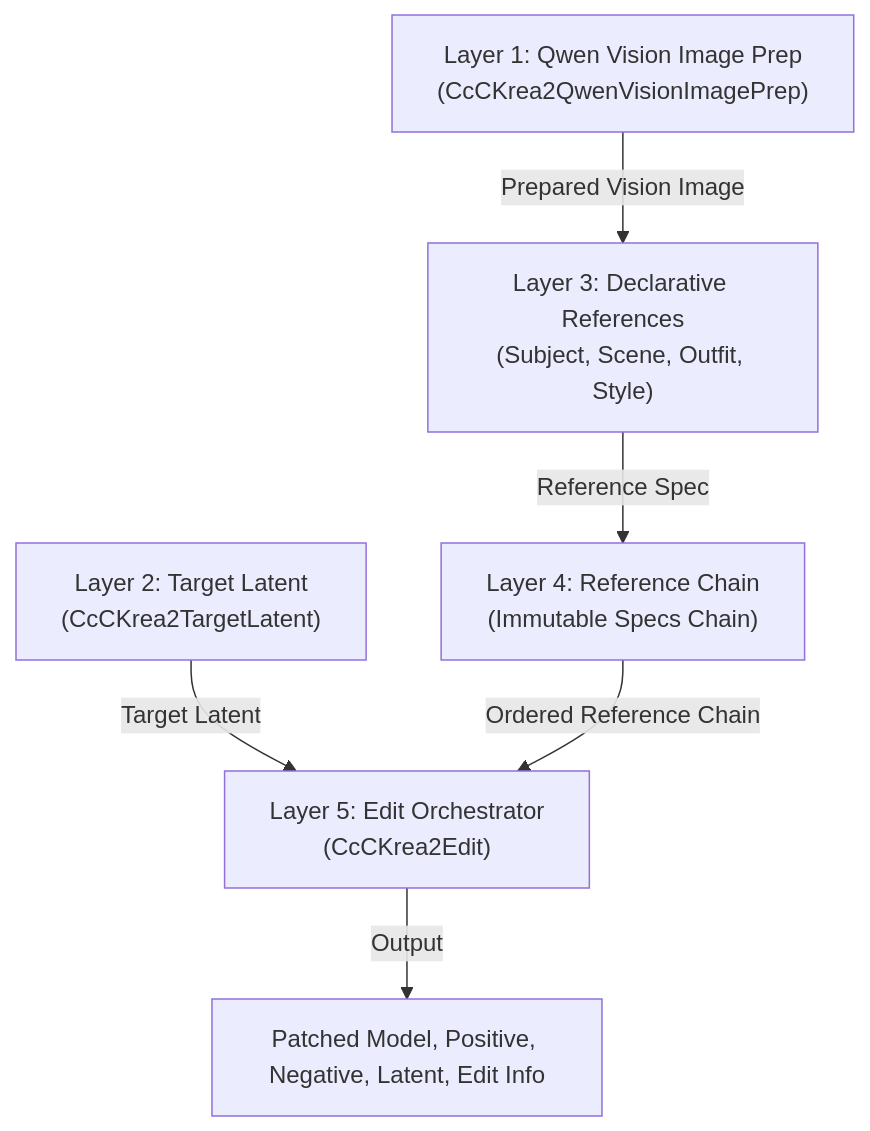
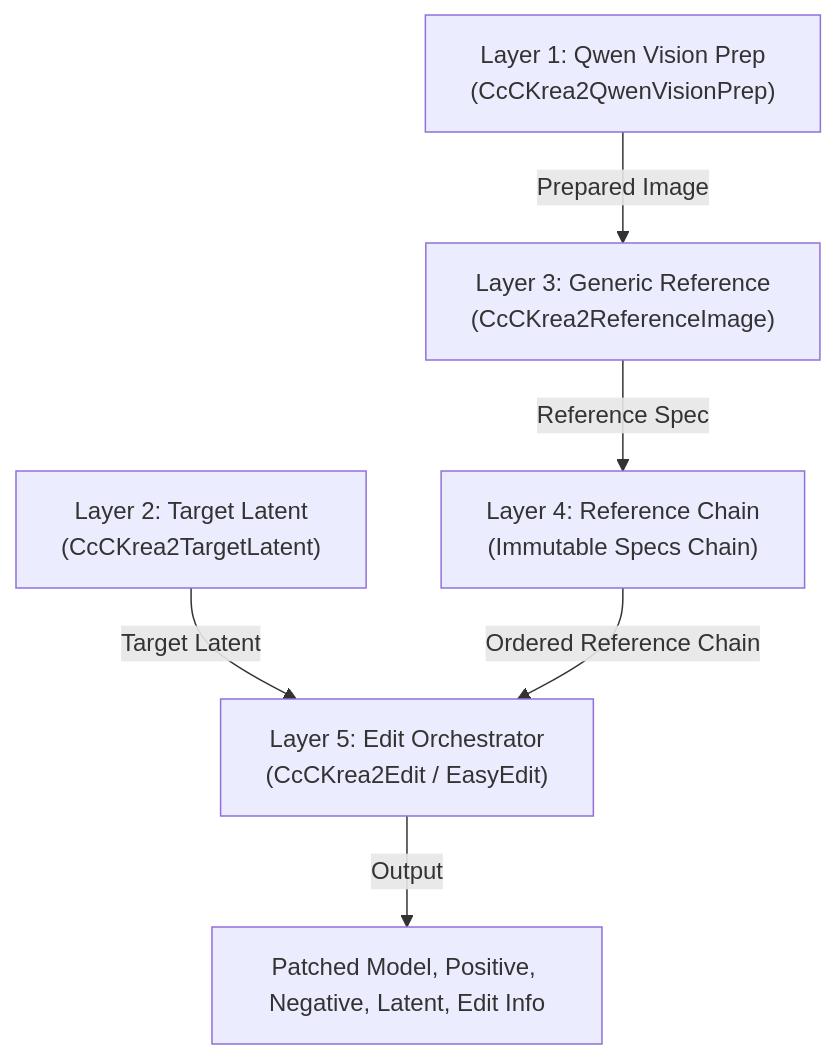
Before and after one commit to demonccc/ComfyUI-CcC-Krea2: the diagram in README.md, drawn with Mermaid. The commit also changed other lines of this file and 8 other files, not shown here.

Commit message:
feat(architecture): finalize fifth surgical correction pass for Krea2 modular architecture

````diff
--- a/README.md
+++ b/README.md
@@ -19,8 +19,8 @@
 ```mermaid
 graph TD
-    L1["Layer 1: Qwen Vision Image Prep<br/>(CcCKrea2QwenVisionImagePrep)"] -->|Prepared Vision Image| L3["Layer 3: Declarative References<br/>(Subject, Scene, Outfit, Style)"]
-    L2["Layer 2: Target Latent<br/>(CcCKrea2TargetLatent)"] -->|Target Latent| L5["Layer 5: Edit Orchestrator<br/>(CcCKrea2Edit)"]
+    L1["Layer 1: Qwen Vision Prep<br/>(CcCKrea2QwenVisionPrep)"] -->|Prepared Image| L3["Layer 3: Generic Reference<br/>(CcCKrea2ReferenceImage)"]
+    L2["Layer 2: Target Latent<br/>(CcCKrea2TargetLatent)"] -->|Target Latent| L5["Layer 5: Edit Orchestrator<br/>(CcCKrea2Edit / EasyEdit)"]
     L3 -->|Reference Spec| L4["Layer 4: Reference Chain<br/>(Immutable Specs Chain)"]
     L4 -->|Ordered Reference Chain| L5
     L5 -->|Output| OUT["Patched Model, Positive, Negative, Latent, Edit Info"]
 ```
````
